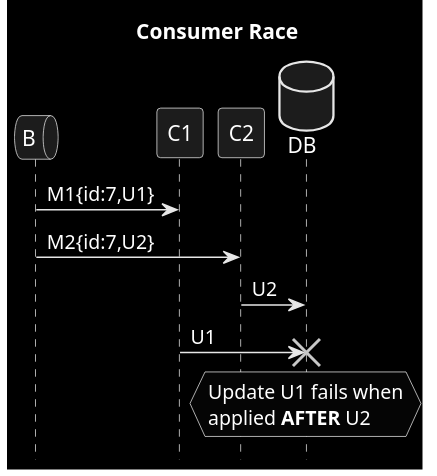
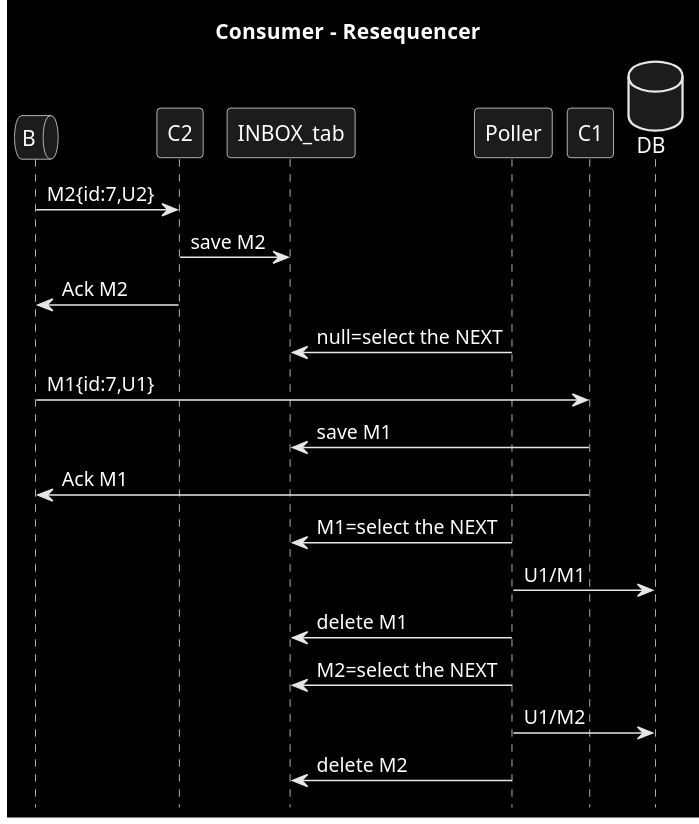
Before and after one commit to victorrentea/kafka: the diagram in patterns/2a_out_of_order_c.puml, drawn with PlantUML. The commit also changed 8 other files, not shown here.

Commit message:
inbox to resequence (withing a time window) and deduplicate.

```diff
--- a/patterns/2a_out_of_order_c.puml
+++ b/patterns/2a_out_of_order_c.puml
@@ -1,13 +1,25 @@
 @startuml
-title Consumer Race
+title Consumer  - Resequencer
 hide footbox
 skinparam monochrome reverse
 queue B
 database DB order 10
 
+B->C2: M2{id:7,U2}
+C2->INBOX_tab: save M2
+B<-C2: Ack M2
+Poller->INBOX_tab: null=select the NEXT
 B->C1: M1{id:7,U1}
-B->C2: M2{id:7,U2}
-C2->DB: U2
-C1->DB!!: U1
-hnote over DB: Update U1 fails when\napplied **AFTER** U2
+C1->INBOX_tab: save M1
+B<-C1: Ack M1
+
+Poller->INBOX_tab: M1=select the NEXT
+Poller->DB: U1/M1
+Poller->INBOX_tab: delete M1
+
+Poller->INBOX_tab: M2=select the NEXT
+Poller->DB: U1/M2
+Poller->INBOX_tab: delete M2
+
+'hnote over DB: Update U1 fails when\napplied **AFTER** U2
 @enduml
```
